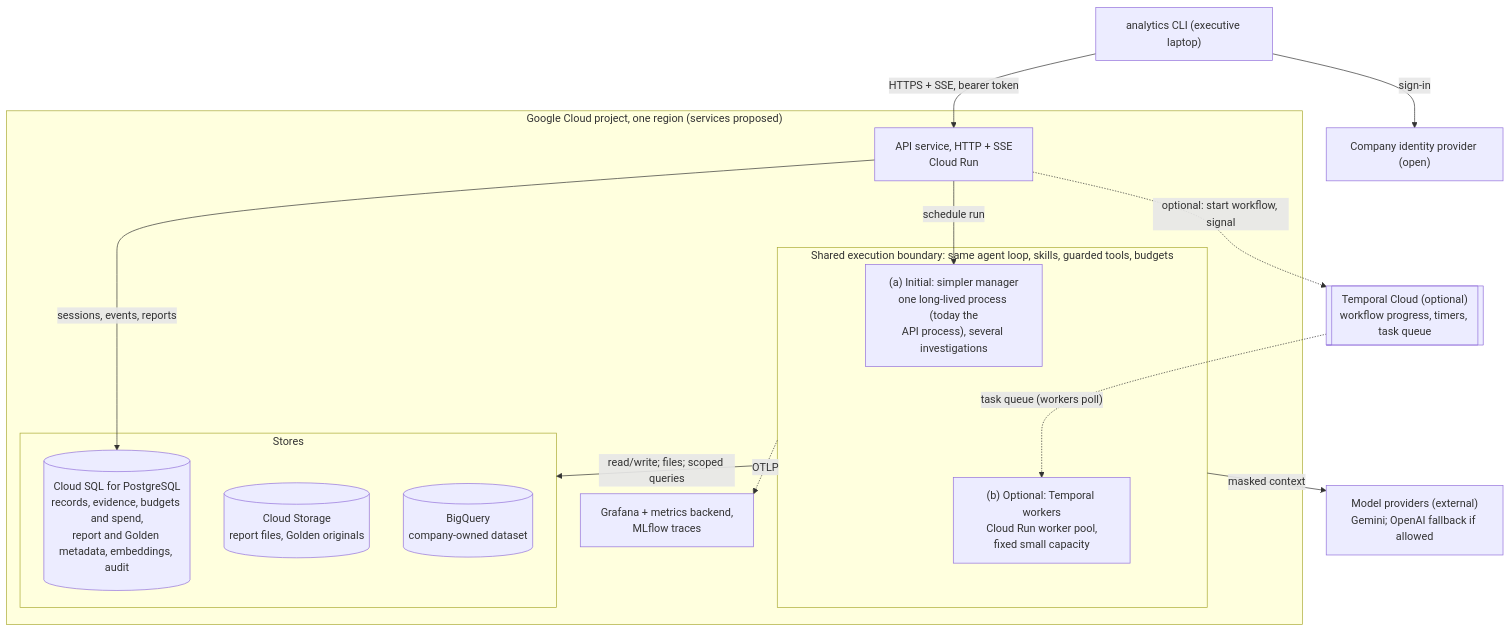
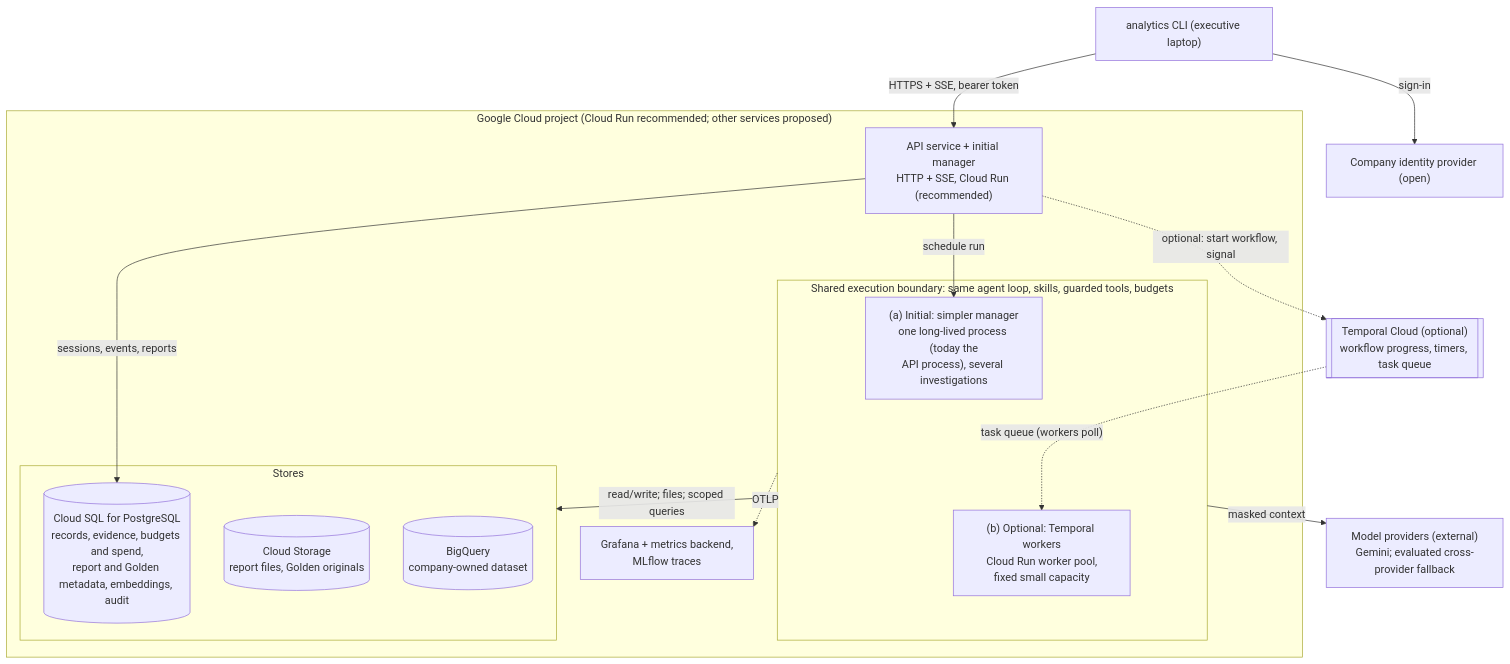
Before and after one commit to diego1q2w/retail-analytics-agent: the first of 2 diagrams in docs/architecture/production-deployment.md, drawn with Mermaid. The commit also changed other lines of this file and 2 other files, not shown here.

````diff
--- a/docs/architecture/production-deployment.md
+++ b/docs/architecture/production-deployment.md
@@ -85,32 +90,32 @@
 ```mermaid
 flowchart TB
     cli["analytics CLI (executive laptop)"]
     idp["Company identity provider (open)"]
     cli -- "sign-in" --> idp
 
-    subgraph gcp["Google Cloud project, one region (services proposed)"]
-        api["API service, HTTP + SSE<br/>Cloud Run"]
+    subgraph gcp["Google Cloud project (Cloud Run recommended; other services proposed)"]
+        api["API service + initial manager<br/>HTTP + SSE, Cloud Run (recommended)"]
         subgraph exec["Shared execution boundary: same agent loop, skills, guarded tools, budgets"]
             simple["(a) Initial: simpler manager<br/>one long-lived process (today the<br/>API process), several investigations"]
             workers["(b) Optional: Temporal workers<br/>Cloud Run worker pool,<br/>fixed small capacity"]
         end
         subgraph stores["Stores"]
             sql[("Cloud SQL for PostgreSQL<br/>records, evidence, budgets and spend,<br/>report and Golden metadata, embeddings, audit")]
             gcs[("Cloud Storage<br/>report files, Golden originals")]
             bq[("BigQuery<br/>company-owned dataset")]
         end
         obs["Grafana + metrics backend,<br/>MLflow traces"]
     end
 
     tc[["Temporal Cloud (optional)<br/>workflow progress, timers, task queue"]]
-    llm["Model providers (external)<br/>Gemini; OpenAI fallback if allowed"]
+    llm["Model providers (external)<br/>Gemini; evaluated cross-provider fallback"]
 
     cli -- "HTTPS + SSE, bearer token" --> api
     api -- "schedule run" --> simple
     api -. "optional: start workflow, signal" .-> tc
     tc -. "task queue (workers poll)" .-> workers
     api -- "sessions, events, reports" --> sql
     exec -- "read/write; files; scoped queries" --> stores
     exec -- "masked context" --> llm
     exec -. "OTLP" .-> obs
 ```
````
